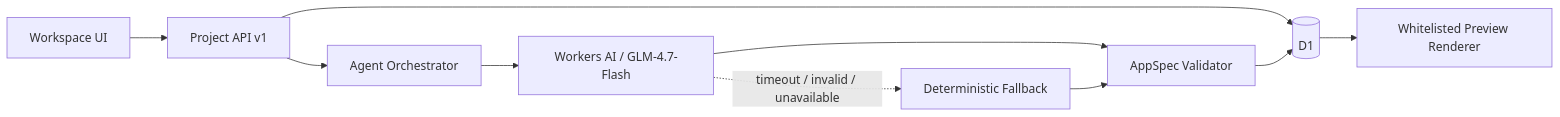
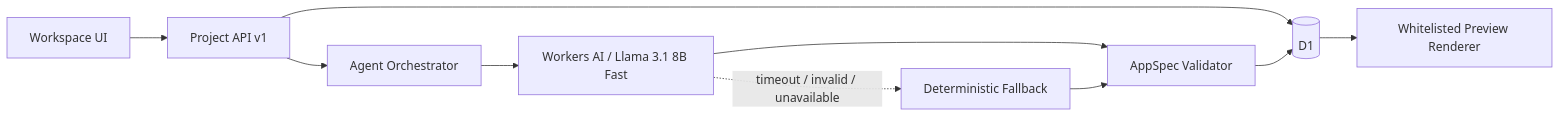
Before and after one commit to bufferstreamer/atoms-demo: the first of 2 diagrams in .feature-delivery/active/atoms-demo/design/technical-design.md, drawn with Mermaid. The commit also changed other lines of this file and 12 other files, not shown here.

````diff
--- a/.feature-delivery/active/atoms-demo/design/technical-design.md
+++ b/.feature-delivery/active/atoms-demo/design/technical-design.md
@@ -15,12 +15,12 @@
 ```mermaid
 flowchart LR
   UI["Workspace UI"] --> API["Project API v1"]
   API --> ORCH["Agent Orchestrator"]
-  ORCH --> AI["Workers AI / GLM-4.7-Flash"]
+  ORCH --> AI["Workers AI / Llama 3.1 8B Fast"]
   AI --> VALIDATE["AppSpec Validator"]
   AI -. "timeout / invalid / unavailable" .-> GEN["Deterministic Fallback"]
   API --> DB[("D1")]
   GEN --> VALIDATE
   VALIDATE --> DB
   DB --> PREVIEW["Whitelisted Preview Renderer"]
 ```
````
